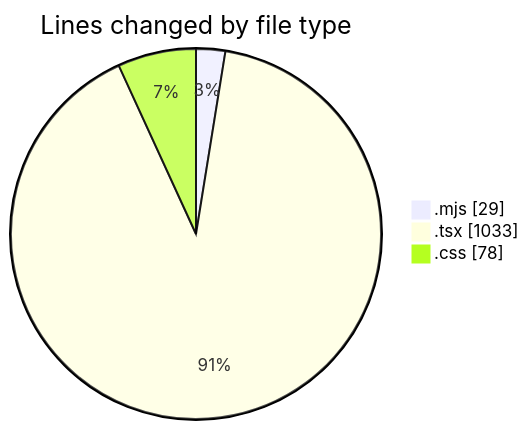
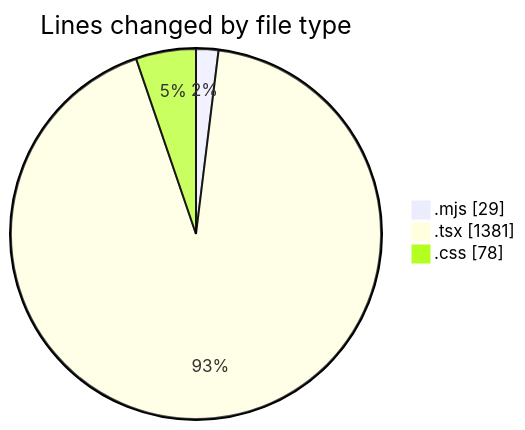
Before and after one commit to ernivani/code-tracking: the first of 2 diagrams in 2025-01-03/impin_fr/README.md, drawn with Mermaid. The commit also changed other lines of this file and 4 other files, not shown here.

````diff
--- a/2025-01-03/impin_fr/README.md
+++ b/2025-01-03/impin_fr/README.md
@@ -32,7 +33,7 @@
 ```mermaid
 pie showData
 title Lines changed by file type
 ".mjs" : 29
-".tsx" : 1033
+".tsx" : 1381
 ".css" : 78
 ```
````
